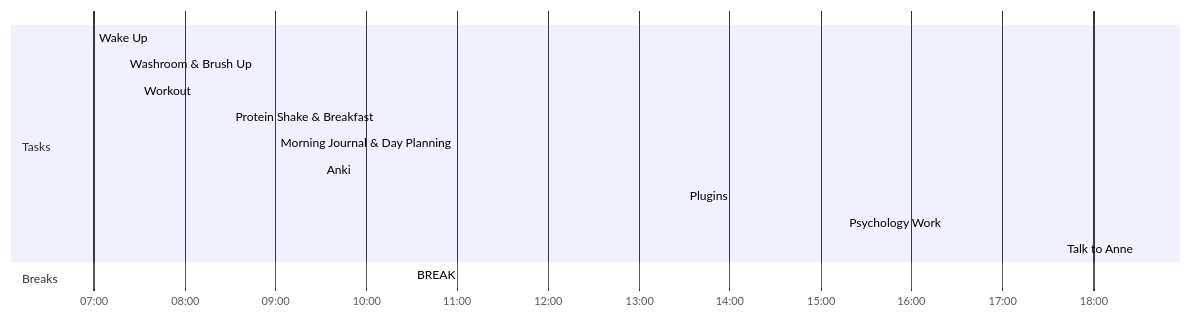
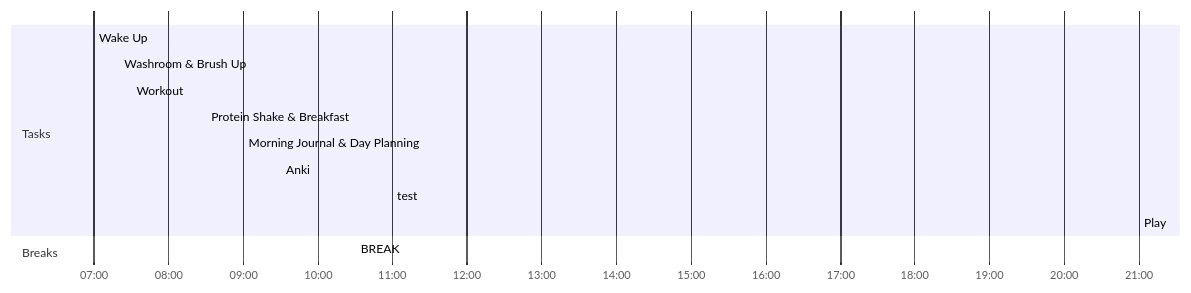
One commit to nihitkhandelwal-eng/The_Brainforest changed the diagram in 🌱 Journal/2022/Quarter 3/09-September/Week 39/21-Sep-22.md. Above: the diagram before and after it, drawn with Mermaid. The commit also changed other lines of this file and 2 other files, not shown here.

````diff
--- a/🌱 Journal/2022/Quarter 3/09-September/Week 39/21-Sep-22.md
+++ b/🌱 Journal/2022/Quarter 3/09-September/Week 39/21-Sep-22.md
@@ -8,18 +8,17 @@
 ```mermaid
 gantt
     dateFormat  HH-mm
     axisFormat %H:%M
-    %% Current Time: 4:22:16 PM
+    %% Current Time: 11:01:15 PM
     section Tasks
     Wake Up     :07-00, 20mm
     Washroom & Brush Up     :07-20, 10mm
     Workout     :07-30, 60mm
     Protein Shake & Breakfast     :08-30, 30mm
     Morning Journal & Day Planning     :09-00, 30mm
     Anki     :09-30, 60mm
-    Plugins     :13-30, 105mm
-    Psychology Work     :15-15, 195mm
-    Talk to Anne     :18-30, 0mm
+    test     :11-00, 600mm
+    Play     :21-00, 0mm
     section Breaks
-    BREAK     :10-30, 180mm
+    BREAK     :10-30, 30mm
 ```
````
